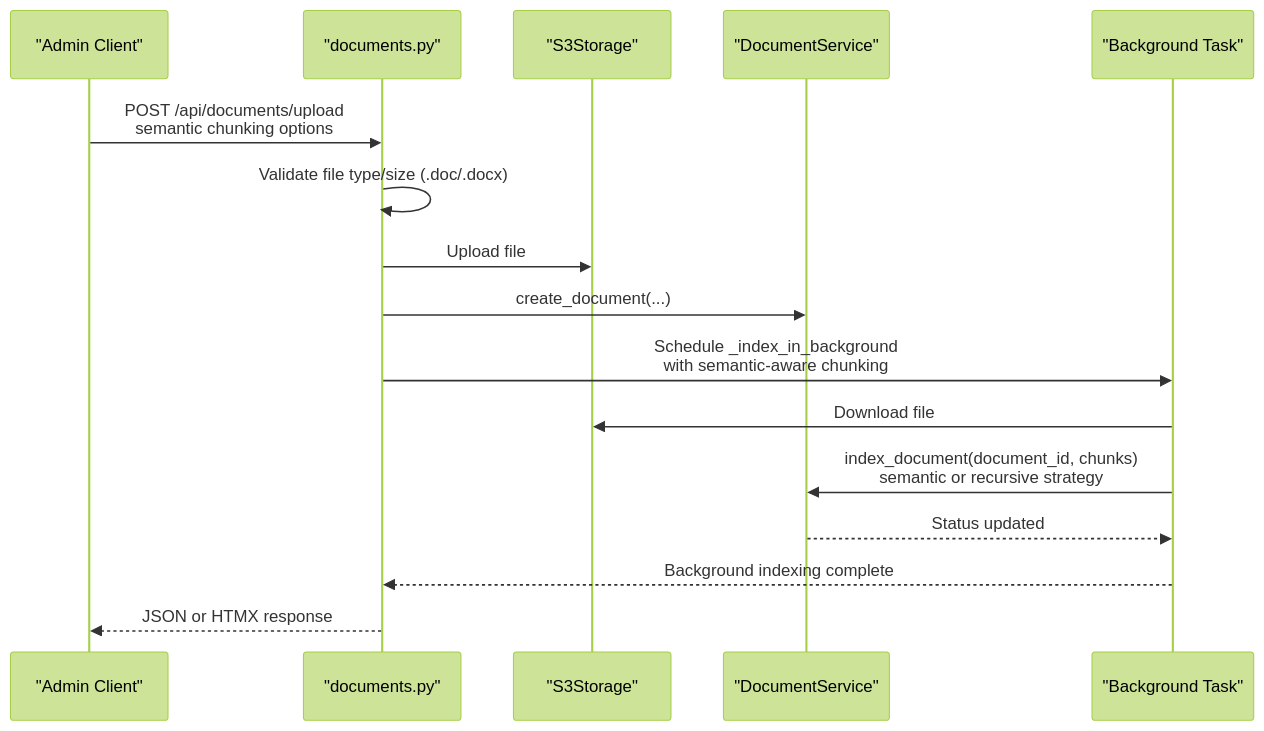
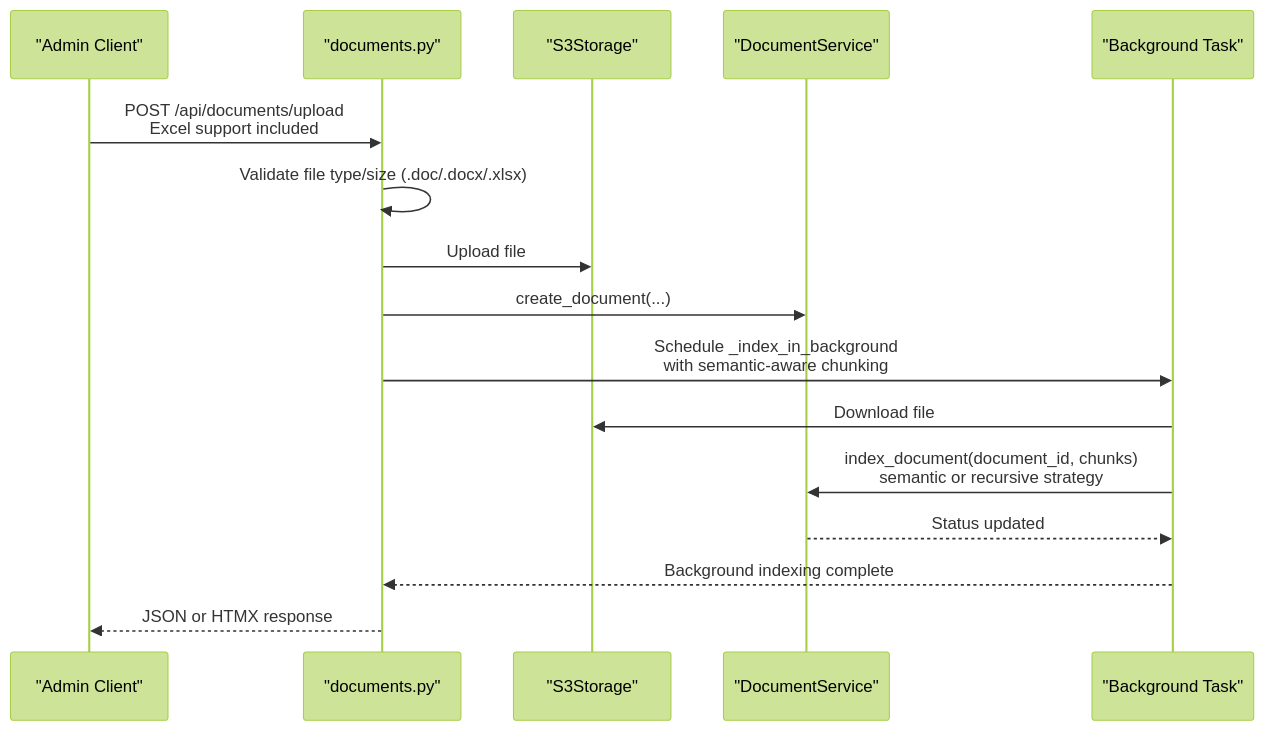
Diagram 13 of 14 in .qoder/repowiki/en/content/RAG Integration/RAG Parser Enhancement.md (ognelis/cafetera_hr_bot), drawn with Mermaid (forest theme) before and after one commit. The commit also changed other lines of this file and 9 other files, not shown here.

````diff
--- a/.qoder/repowiki/en/content/RAG Integration/RAG Parser Enhancement.md
+++ b/.qoder/repowiki/en/content/RAG Integration/RAG Parser Enhancement.md
@@ -445,18 +536,18 @@
 ```mermaid
 sequenceDiagram
 participant Client as "Admin Client"
 participant API as "documents.py"
 participant S3 as "S3Storage"
 participant Service as "DocumentService"
 participant BG as "Background Task"
-Client->>API : POST /api/documents/upload<br/>semantic chunking options
-API->>API : Validate file type/size (.doc/.docx)
+Client->>API : POST /api/documents/upload<br/>Excel support included
+API->>API : Validate file type/size (.doc/.docx/.xlsx)
 API->>S3 : Upload file
 API->>Service : create_document(...)
 API->>BG : Schedule _index_in_background<br/>with semantic-aware chunking
 BG->>S3 : Download file
 BG->>Service : index_document(document_id, chunks)<br/>semantic or recursive strategy
 Service-->>BG : Status updated
 BG-->>API : Background indexing complete
 API-->>Client : JSON or HTMX response
 ```
````
